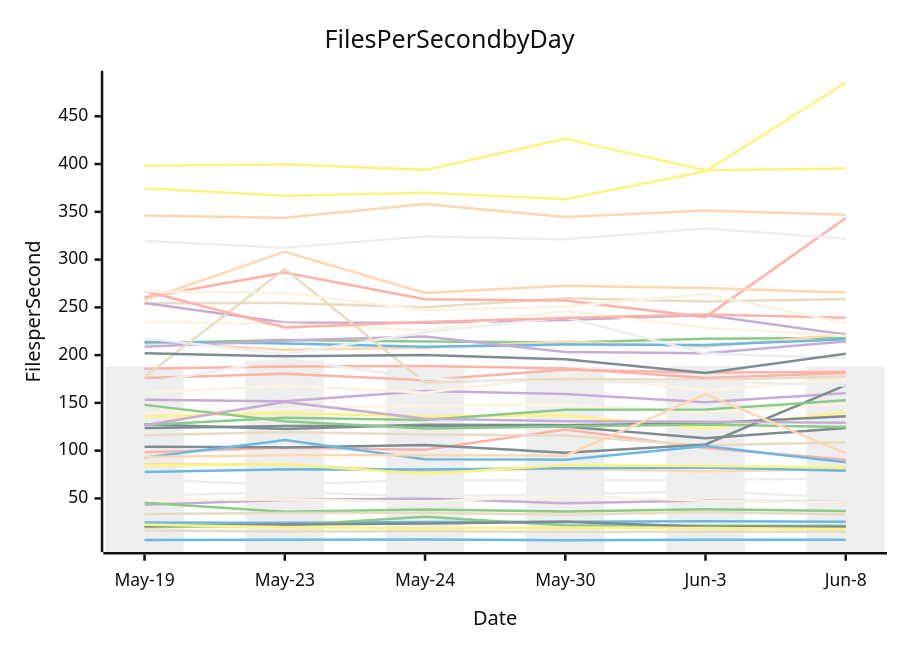
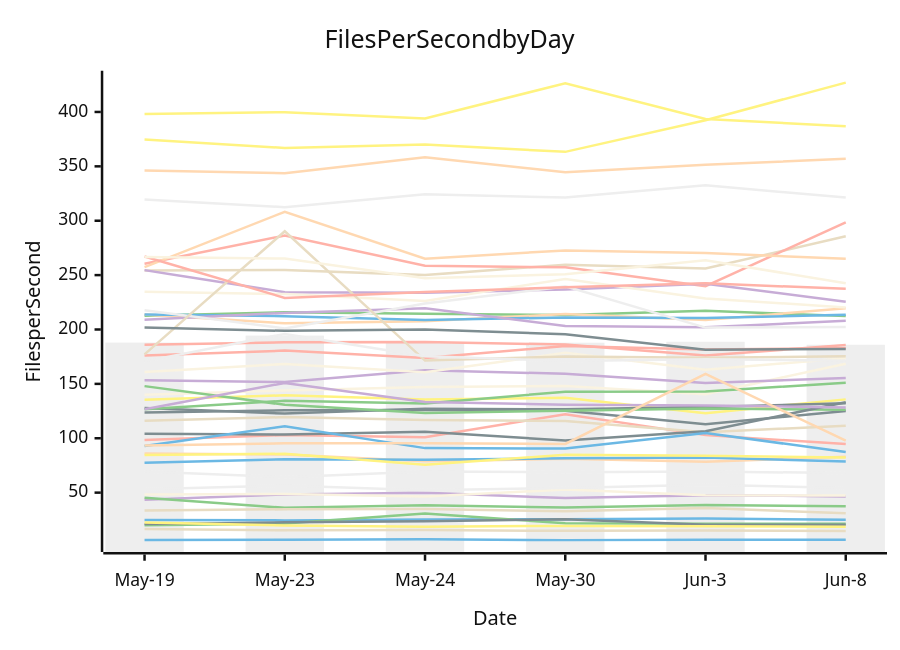
The diagram in perf-report.md (streetsidesoftware/cspell), drawn with Mermaid (neutral theme) before and after one commit. The commit also changed other lines of this file and 2 other files, not shown here.

````diff
--- a/perf-report.md
+++ b/perf-report.md
@@ -11,57 +11,57 @@
 ```mermaid
 xychart-beta
     title Files Per Second by Day
     y-axis Files per Second
     x-axis Date [May-19, May-23, May-24, May-30, Jun-3, Jun-8]
-    bar [187.94, 194.38, 187.53, 187.84, 188.70, 188.00]
-    line [24.84, 24.48, 25.27, 25.51, 26.21, 25.47]
-    line [20.00, 21.53, 30.85, 21.86, 21.33, 21.33]
-    line [43.44, 48.37, 49.79, 45.03, 47.69, 46.03]
-    line [16.48, 15.39, 15.58, 14.86, 15.18, 15.03]
-    line [98.35, 102.96, 100.96, 122.12, 102.88, 90.57]
-    line [374.77, 366.83, 370.08, 363.31, 392.45, 485.26]
-    line [123.77, 125.73, 125.94, 125.35, 112.95, 123.69]
-    line [85.95, 85.08, 78.77, 81.14, 78.40, 80.54]
-    line [140.07, 144.01, 147.15, 148.03, 140.54, 149.18]
-    line [69.47, 64.25, 69.53, 68.78, 69.37, 70.98]
-    line [77.54, 80.59, 80.29, 81.53, 82.29, 79.09]
-    line [212.55, 215.84, 214.38, 213.29, 217.13, 217.94]
-    line [153.28, 151.73, 162.52, 159.30, 150.77, 160.22]
-    line [254.35, 254.61, 250.00, 259.58, 256.09, 258.81]
-    line [260.36, 286.42, 258.60, 257.18, 239.81, 343.59]
-    line [135.42, 139.50, 135.65, 137.15, 123.09, 140.24]
-    line [21.05, 22.73, 23.64, 25.47, 20.39, 20.46]
-    line [213.89, 205.67, 207.63, 214.21, 208.82, 221.86]
-    line [160.94, 168.26, 160.60, 178.51, 162.97, 174.81]
-    line [319.57, 312.48, 324.31, 321.30, 332.58, 322.13]
-    line [213.72, 212.23, 208.69, 211.05, 210.52, 216.55]
-    line [45.35, 36.07, 38.42, 36.32, 38.54, 36.92]
-    line [254.57, 234.26, 233.79, 236.78, 241.94, 221.57]
-    line [33.61, 34.69, 34.94, 32.78, 35.79, 33.20]
-    line [185.86, 188.16, 188.58, 186.13, 176.02, 181.41]
-    line [22.53, 19.87, 18.72, 19.42, 19.15, 17.91]
-    line [127.71, 122.71, 127.15, 126.61, 128.67, 136.04]
-    line [257.39, 308.24, 265.00, 272.73, 270.27, 265.46]
-    line [48.29, 48.86, 46.46, 52.80, 47.62, 45.75]
-    line [53.17, 56.48, 52.20, 54.24, 57.32, 50.91]
-    line [6.48, 6.70, 7.10, 6.34, 6.74, 6.72]
-    line [147.92, 130.77, 123.22, 125.33, 127.25, 124.71]
-    line [208.87, 215.23, 219.43, 203.27, 201.99, 214.27]
-    line [116.06, 119.43, 116.84, 115.92, 105.51, 108.88]
-    line [176.15, 180.59, 173.73, 184.72, 181.71, 182.56]
-    line [84.52, 85.73, 75.59, 84.88, 83.99, 82.60]
-    line [104.19, 103.43, 105.92, 97.87, 106.45, 168.66]
-    line [346.15, 343.69, 358.26, 344.65, 351.41, 346.93]
-    line [234.71, 232.57, 226.13, 246.49, 228.60, 220.37]
-    line [217.73, 200.96, 223.84, 239.63, 201.75, 196.68]
-    line [92.82, 111.10, 90.94, 90.56, 104.84, 87.77]
-    line [126.78, 134.48, 131.99, 142.83, 143.00, 152.67]
-    line [126.61, 150.87, 133.44, 130.84, 130.22, 129.23]
-    line [177.15, 290.28, 171.42, 175.26, 173.98, 177.63]
-    line [267.13, 229.05, 234.58, 238.79, 242.50, 239.20]
-    line [398.12, 399.78, 393.93, 426.44, 393.52, 395.27]
-    line [201.86, 198.76, 200.08, 195.61, 181.39, 201.44]
-    line [93.35, 95.34, 95.32, 94.79, 159.13, 97.06]
-    line [266.74, 265.26, 247.18, 250.86, 263.73, 233.63]
-    line [170.67, 195.94, 175.36, 171.10, 172.66, 168.33]
+    bar [187.94, 194.38, 187.53, 187.84, 188.70, 185.94]
+    line [24.84, 24.48, 25.27, 25.51, 26.21, 24.98]
+    line [20.00, 21.53, 30.85, 21.86, 21.33, 21.39]
+    line [43.44, 48.37, 49.79, 45.03, 47.69, 46.53]
+    line [16.48, 15.39, 15.58, 14.86, 15.18, 14.82]
+    line [98.35, 102.96, 100.96, 122.12, 102.88, 94.63]
+    line [374.77, 366.83, 370.08, 363.31, 392.45, 426.97]
+    line [123.77, 125.73, 125.94, 125.35, 112.95, 124.98]
+    line [85.95, 85.08, 78.77, 81.14, 78.40, 82.91]
+    line [140.07, 144.01, 147.15, 148.03, 140.54, 168.50]
+    line [69.47, 64.25, 69.53, 68.78, 69.37, 68.04]
+    line [77.54, 80.59, 80.29, 81.53, 82.29, 78.66]
+    line [212.55, 215.84, 214.38, 213.29, 217.13, 212.41]
+    line [153.28, 151.73, 162.52, 159.30, 150.77, 155.35]
+    line [254.35, 254.61, 250.00, 259.58, 256.09, 285.68]
+    line [260.36, 286.42, 258.60, 257.18, 239.81, 298.54]
+    line [135.42, 139.50, 135.65, 137.15, 123.09, 135.75]
+    line [21.05, 22.73, 23.64, 25.47, 20.39, 20.42]
+    line [213.89, 205.67, 207.63, 214.21, 208.82, 219.49]
+    line [160.94, 168.26, 160.60, 178.51, 162.97, 173.49]
+    line [319.57, 312.48, 324.31, 321.30, 332.58, 321.33]
+    line [213.72, 212.23, 208.69, 211.05, 210.52, 213.61]
+    line [45.35, 36.07, 38.42, 36.32, 38.54, 37.53]
+    line [254.57, 234.26, 233.79, 236.78, 241.94, 225.54]
+    line [33.61, 34.69, 34.94, 32.78, 35.79, 30.94]
+    line [185.86, 188.16, 188.58, 186.13, 176.02, 185.66]
+    line [22.53, 19.87, 18.72, 19.42, 19.15, 18.57]
+    line [127.71, 122.71, 127.15, 126.61, 128.67, 132.07]
+    line [257.39, 308.24, 265.00, 272.73, 270.27, 265.09]
+    line [48.29, 48.86, 46.46, 52.80, 47.62, 47.34]
+    line [53.17, 56.48, 52.20, 54.24, 57.32, 54.17]
+    line [6.48, 6.70, 7.10, 6.34, 6.74, 6.63]
+    line [147.92, 130.77, 123.22, 125.33, 127.25, 126.20]
+    line [208.87, 215.23, 219.43, 203.27, 201.99, 207.99]
+    line [116.06, 119.43, 116.84, 115.92, 105.51, 111.49]
+    line [176.15, 180.59, 173.73, 184.72, 181.71, 182.64]
+    line [84.52, 85.73, 75.59, 84.88, 83.99, 82.22]
+    line [104.19, 103.43, 105.92, 97.87, 106.45, 133.15]
+    line [346.15, 343.69, 358.26, 344.65, 351.41, 356.96]
+    line [234.71, 232.57, 226.13, 246.49, 228.60, 220.30]
+    line [217.73, 200.96, 223.84, 239.63, 201.75, 202.36]
+    line [92.82, 111.10, 90.94, 90.56, 104.84, 87.37]
+    line [126.78, 134.48, 131.99, 142.83, 143.00, 151.04]
+    line [126.61, 150.87, 133.44, 130.84, 130.22, 128.36]
+    line [177.15, 290.28, 171.42, 175.26, 173.98, 175.35]
+    line [267.13, 229.05, 234.58, 238.79, 242.50, 237.35]
+    line [398.12, 399.78, 393.93, 426.44, 393.52, 386.97]
+    line [201.86, 198.76, 200.08, 195.61, 181.39, 182.13]
+    line [93.35, 95.34, 95.32, 94.79, 159.13, 97.78]
+    line [266.74, 265.26, 247.18, 250.86, 263.73, 242.46]
+    line [170.67, 195.94, 175.36, 171.10, 172.66, 171.37]
 ```
````
